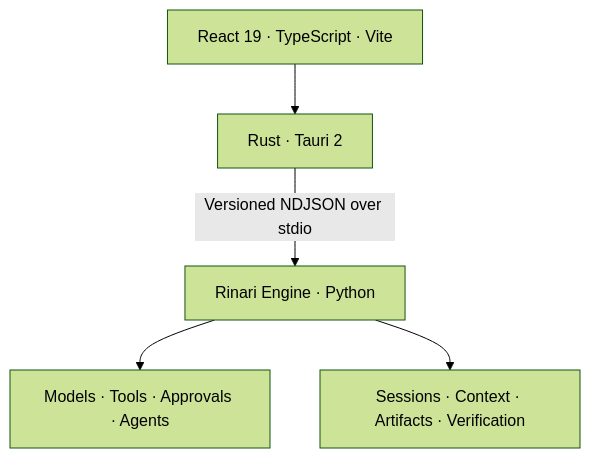
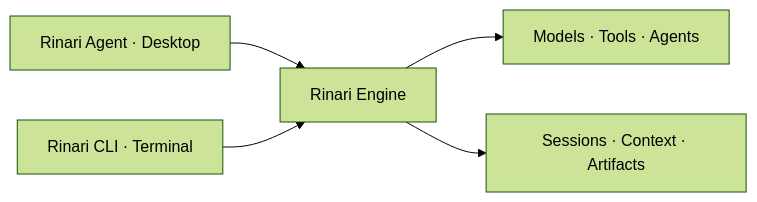
One commit to Xainner/Rinari-Code changed the diagram in README.md. Above: the diagram before and after it, drawn with Mermaid (forest theme). The commit also changed other lines of this file and 3 other files, not shown here.

Commit message:
docs: present Rinari Agent with product-focused README and brand artwork

````diff
--- a/README.md
+++ b/README.md
@@ -62,7 +107,7 @@
 ```mermaid
-flowchart TD
-    UI["React 19 · TypeScript · Vite"] --> Host["Rust · Tauri 2"]
-    Host -->|"Versioned NDJSON over stdio"| Engine["Rinari Engine · Python"]
-    Engine --> Execution["Models · Tools · Approvals · Agents"]
-    Engine --> Persistence["Sessions · Context · Artifacts · Verification"]
+flowchart LR
+    Desktop["Rinari Agent · Desktop"] --> Engine["Rinari Engine"]
+    CLI["Rinari CLI · Terminal"] --> Engine
+    Engine --> Work["Models · Tools · Agents"]
+    Engine --> State["Sessions · Context · Artifacts"]
 ```
````
